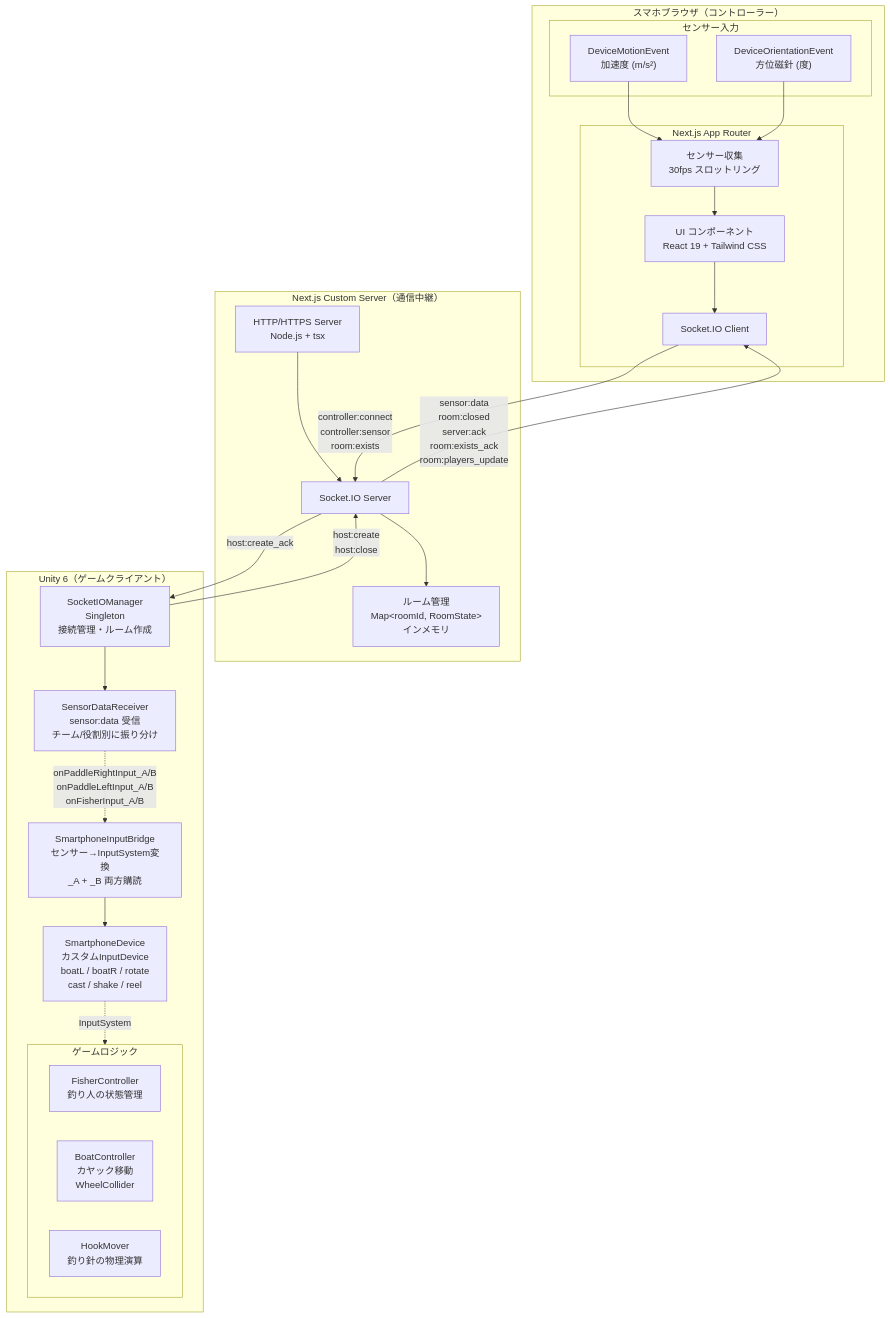
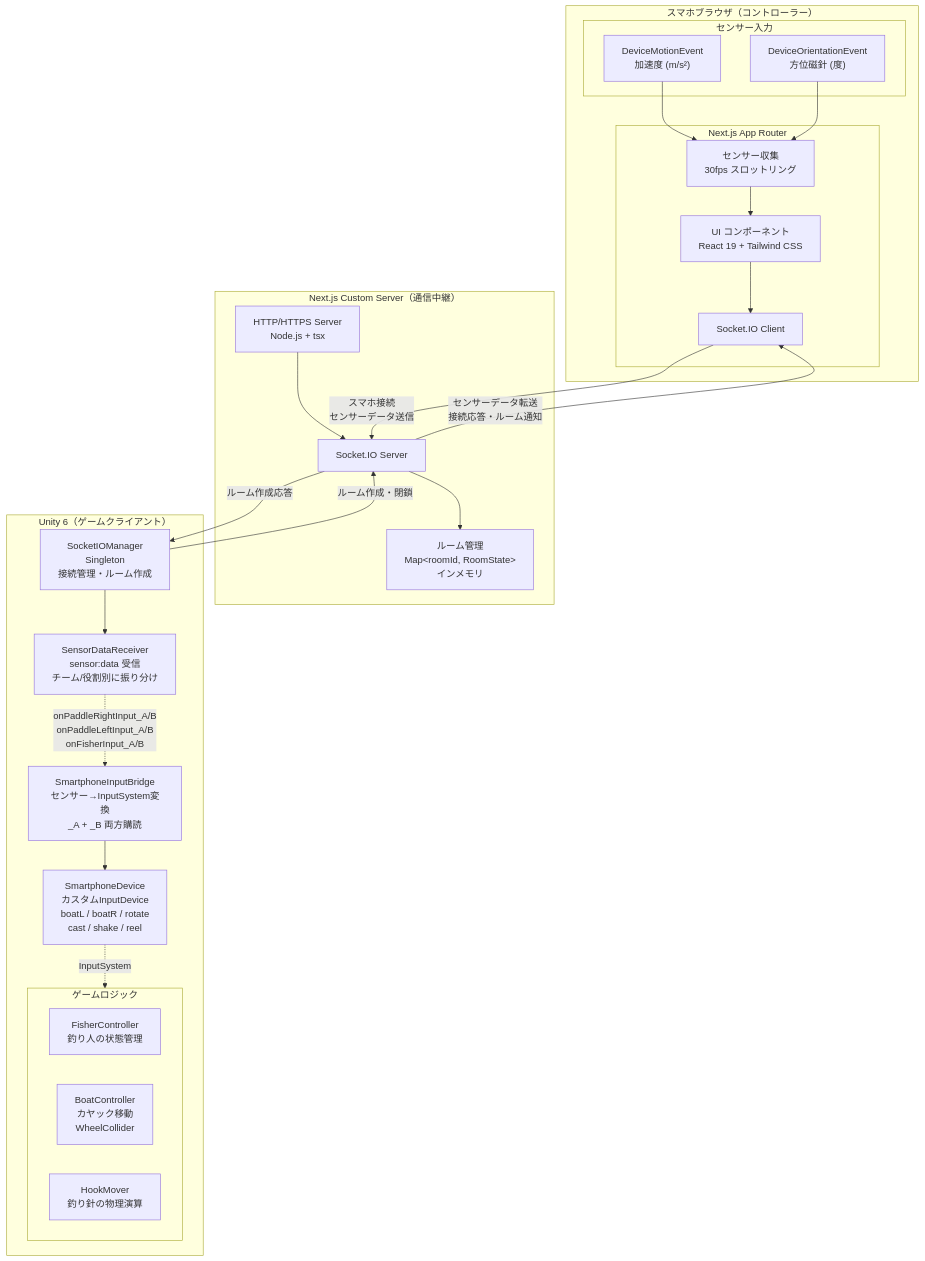
Before and after one commit to guriguri00451/alounity: the first of 2 diagrams in docs/03_Architecture.md, drawn with Mermaid. The commit also changed other lines of this file, not shown here.

````diff
--- a/docs/03_Architecture.md
+++ b/docs/03_Architecture.md
@@ -5,49 +5,49 @@
 ```mermaid
 graph TB
     subgraph スマホブラウザ["スマホブラウザ（コントローラー）"]
         subgraph センサー入力["センサー入力"]
             DM["DeviceMotionEvent<br/>加速度 (m/s²)"]
             DO["DeviceOrientationEvent<br/>方位磁針 (度)"]
         end
         subgraph Next.js App["Next.js App Router"]
             UI["UI コンポーネント<br/>React 19 + Tailwind CSS"]
             SC["センサー収集<br/>30fps スロットリング"]
             SIOC["Socket.IO Client"]
         end
         DM --> SC
         DO --> SC
         SC --> UI
         UI --> SIOC
     end
 
     subgraph サーバー["Next.js Custom Server（通信中継）"]
         HTTP["HTTP/HTTPS Server<br/>Node.js + tsx"]
         SIOS["Socket.IO Server"]
         ROOM["ルーム管理<br/>Map&lt;roomId, RoomState&gt;<br/>インメモリ"]
         HTTP --> SIOS
         SIOS --> ROOM
     end
 
     subgraph Unity["Unity 6（ゲームクライアント）"]
         SIOU["SocketIOManager<br/>Singleton<br/>接続管理・ルーム作成"]
         SDR["SensorDataReceiver<br/>sensor:data 受信<br/>チーム/役割別に振り分け"]
         SIB["SmartphoneInputBridge<br/>センサー→InputSystem変換<br/>_A + _B 両方購読"]
         SD["SmartphoneDevice<br/>カスタムInputDevice<br/>boatL / boatR / rotate<br/>cast / shake / reel"]
 
         subgraph ゲームロジック["ゲームロジック"]
             FC["FisherController<br/>釣り人の状態管理"]
             BC["BoatController<br/>カヤック移動<br/>WheelCollider"]
             HM["HookMover<br/>釣り針の物理演算"]
         end
 
         SIOU --> SDR
         SDR -. "onPaddleRightInput_A/B<br/>onPaddleLeftInput_A/B<br/>onFisherInput_A/B" .-> SIB
         SIB --> SD
         SD -. "InputSystem" .-> ゲームロジック
     end
 
-    SIOC -- "controller:connect<br/>controller:sensor<br/>room:exists" --> SIOS
-    SIOS -- "sensor:data<br/>room:closed<br/>server:ack<br/>room:exists_ack<br/>room:players_update" --> SIOC
-    SIOU -- "host:create<br/>host:close" --> SIOS
-    SIOS -- "host:create_ack" --> SIOU
+    SIOC -- "スマホ接続<br/>センサーデータ送信" --> SIOS
+    SIOS -- "センサーデータ転送<br/>接続応答・ルーム通知" --> SIOC
+    SIOU -- "ルーム作成・閉鎖" --> SIOS
+    SIOS -- "ルーム作成応答" --> SIOU
 ```
````
